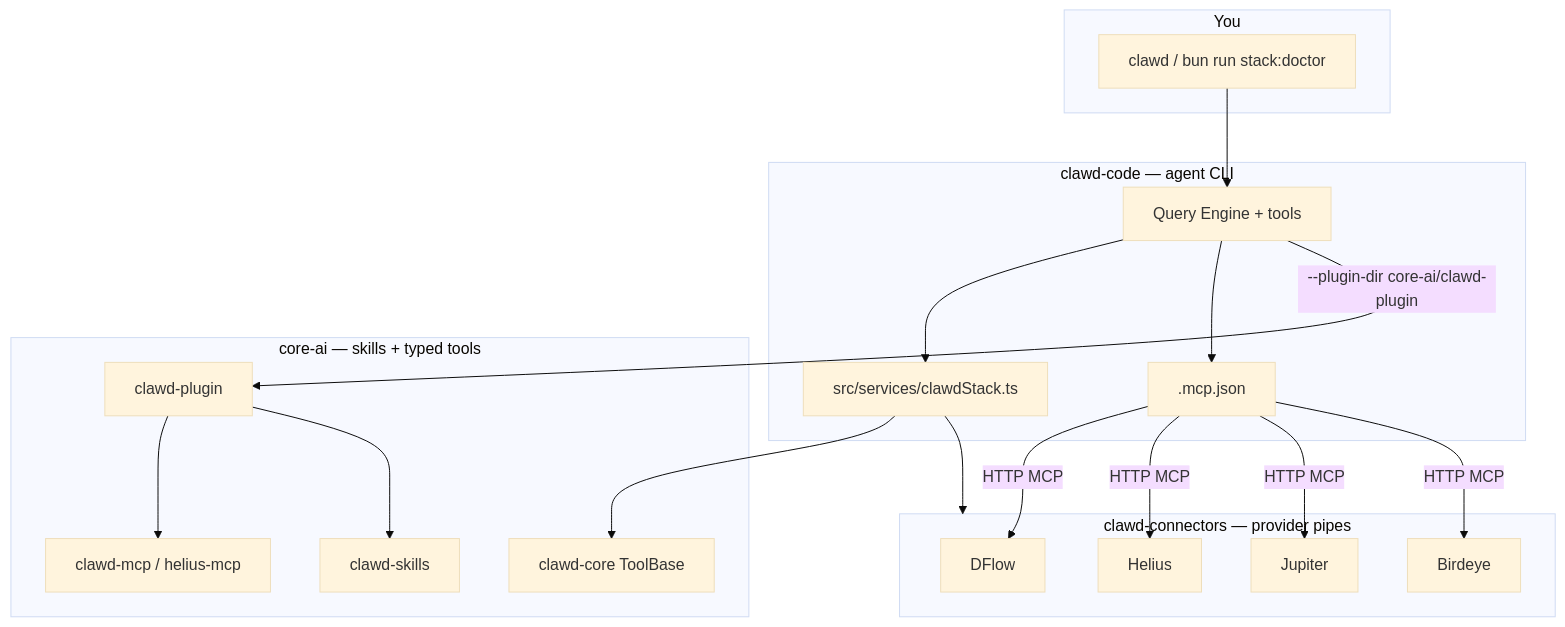
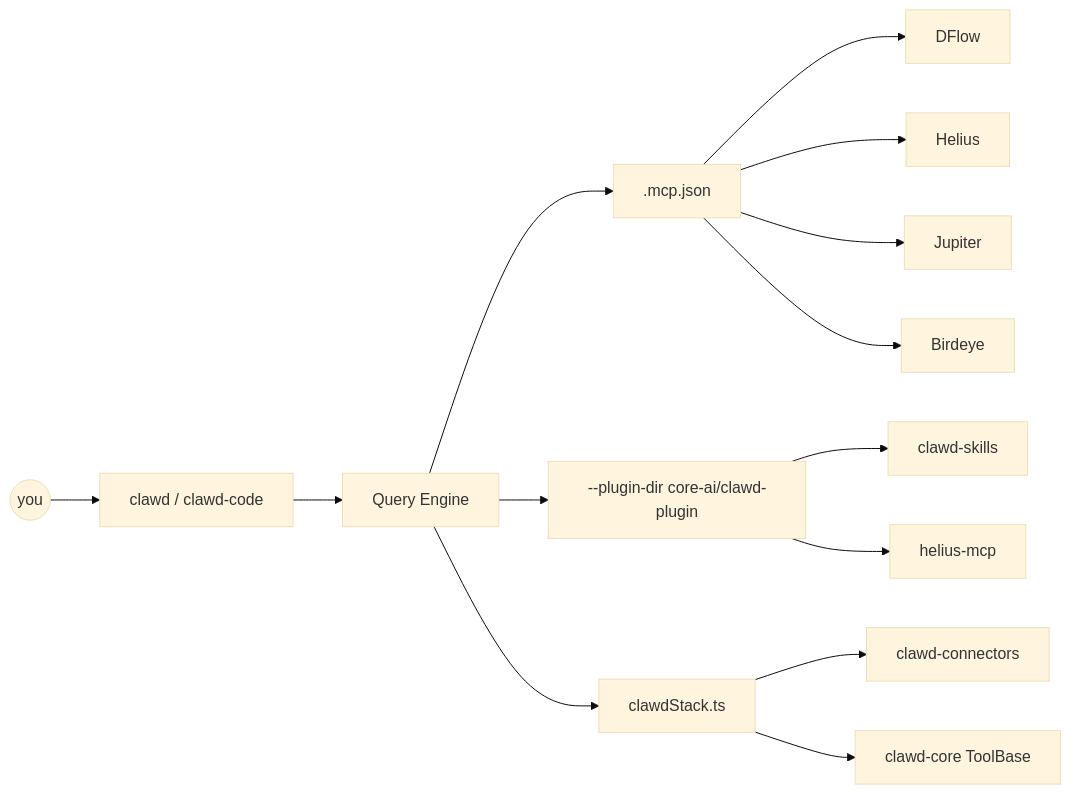
Before and after one commit to Solizardking/clawd-core-ai: the diagram in README.md, drawn with Mermaid (base theme). The commit also changed other lines of this file and 6 other files, not shown here.

````diff
--- a/README.md
+++ b/README.md
@@ -30,39 +110,18 @@
 ```mermaid
-flowchart TB
-  subgraph You["You"]
-    U["clawd / bun run stack:doctor"]
-  end
+flowchart LR
+  You(("you")) --> CLI["clawd / clawd-code"]
+  CLI --> Q["Query Engine"]
+  Q --> MCP[".mcp.json"]
+  Q --> Plug["--plugin-dir core-ai/clawd-plugin"]
+  Q --> Stack["clawdStack.ts"]
 
-  subgraph Code["clawd-code — agent CLI"]
-    Q["Query Engine + tools"]
-    S["src/services/clawdStack.ts"]
-    M[".mcp.json"]
-  end
+  MCP --> DFlow
+  MCP --> Helius
+  MCP --> Jupiter
+  MCP --> Birdeye
 
-  subgraph Connect["clawd-connectors — provider pipes"]
-    D["DFlow"]
-    H["Helius"]
-    J["Jupiter"]
-    B["Birdeye"]
-  end
-
-  subgraph Core["core-ai — skills + typed tools"]
-    P["clawd-plugin"]
-    C["clawd-core ToolBase"]
-    MCP["clawd-mcp / helius-mcp"]
-    SK["clawd-skills"]
-  end
-
-  U --> Q
-  Q --> S
-  S --> Connect
-  Q --> M
-  M -->|HTTP MCP| D
-  M -->|HTTP MCP| H
-  M -->|HTTP MCP| J
-  M -->|HTTP MCP| B
-  Q -->|"--plugin-dir core-ai/clawd-plugin"| P
-  P --> MCP
-  P --> SK
-  S --> C
+  Plug --> Skills["clawd-skills"]
+  Plug --> HeliusMCP["helius-mcp"]
+  Stack --> Conn["clawd-connectors"]
+  Stack --> Core["clawd-core ToolBase"]
 ```
````
